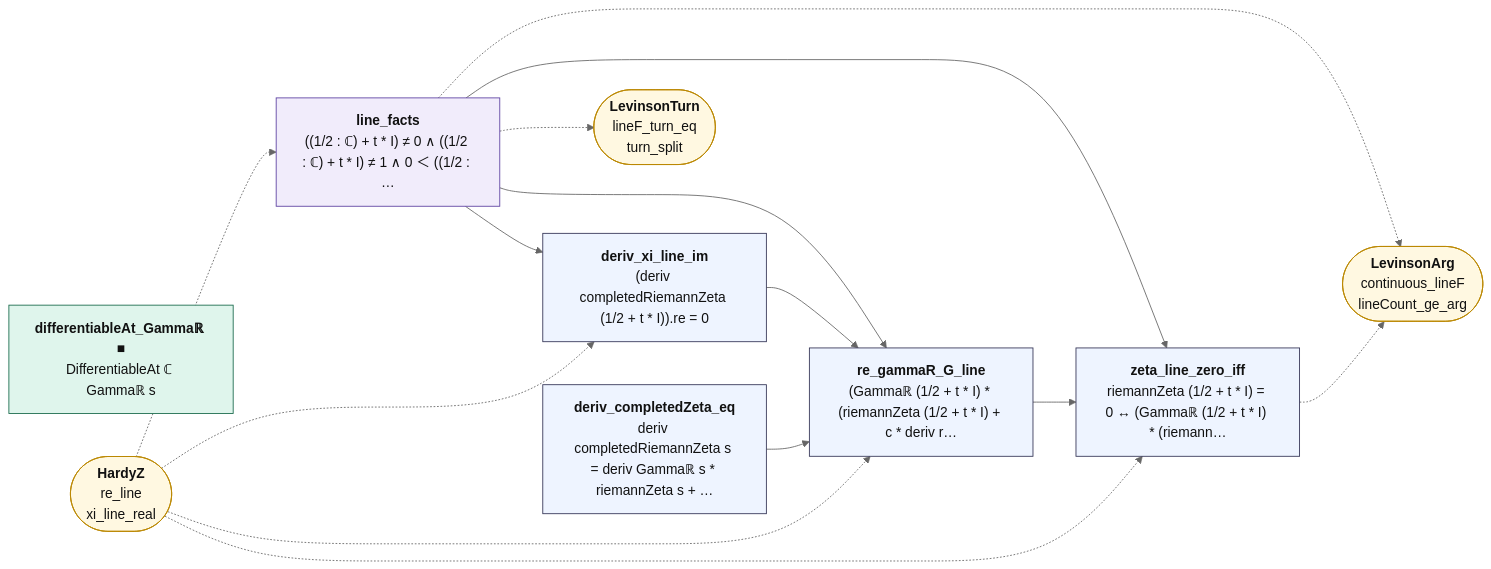
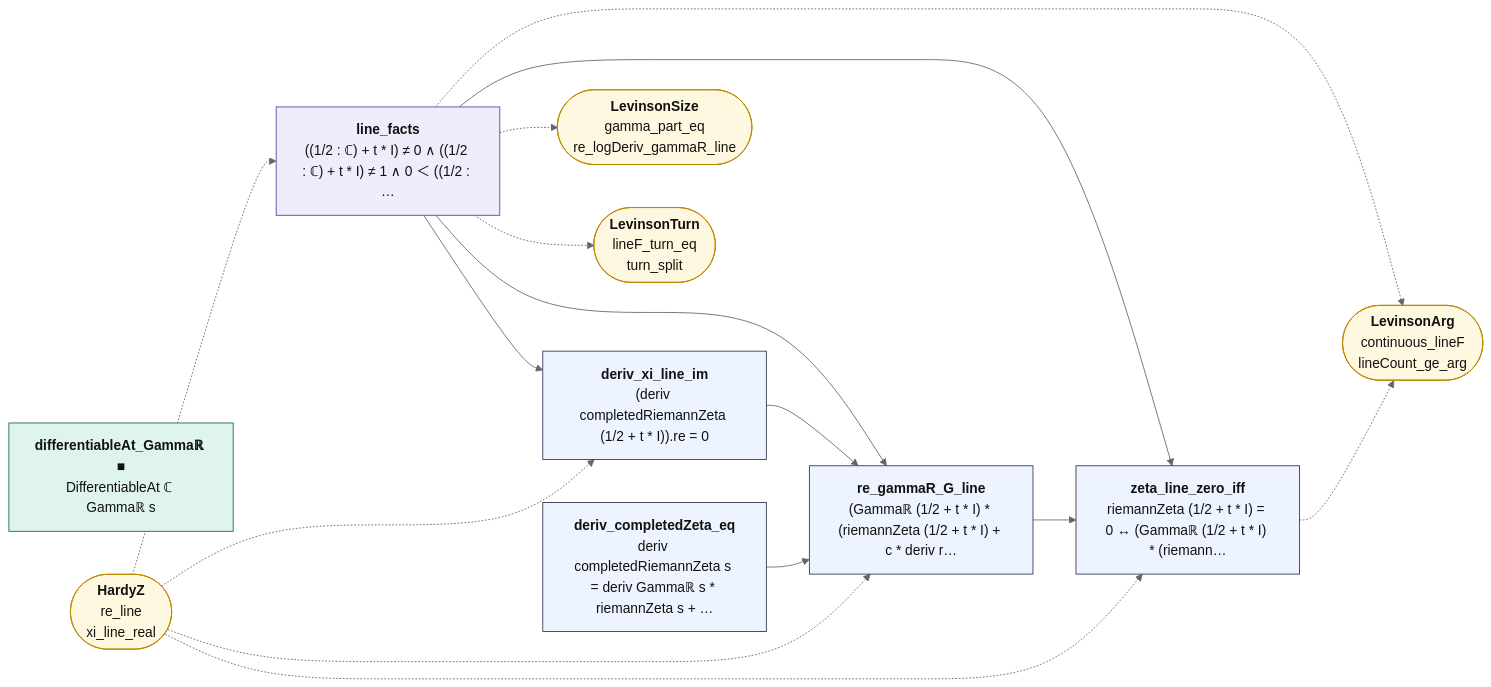
The diagram in map/lean_stage3/LevinsonLine.md (juliansambranojr/Primebeat_081426), drawn with Mermaid (neutral theme) before and after one commit. The commit also changed other lines of this file and 23 other files, not shown here.

````diff
--- a/map/lean_stage3/LevinsonLine.md
+++ b/map/lean_stage3/LevinsonLine.md
@@ -14,33 +14,35 @@
 ```mermaid
 flowchart LR
   n0["<b>line_facts</b><br/>((1/2 : ℂ) + t * I) ≠ 0 ∧ ((1/2 : ℂ) + t * I) ≠ 1 ∧ 0 ＜ ((1/2 : …"]:::shp
   n1["<b>deriv_xi_line_im</b><br/>(deriv completedRiemannZeta (1/2 + t * I)).re = 0"]:::thm
   n2["<b>differentiableAt_Gammaℝ ■</b><br/>DifferentiableAt ℂ Gammaℝ s"]:::cnt
   n3["<b>deriv_completedZeta_eq</b><br/>deriv completedRiemannZeta s = deriv Gammaℝ s * riemannZeta s + …"]:::thm
   n4["<b>re_gammaR_G_line</b><br/>(Gammaℝ (1/2 + t * I) * (riemannZeta (1/2 + t * I) + c * deriv r…"]:::thm
   n5["<b>zeta_line_zero_iff</b><br/>riemannZeta (1/2 + t * I) = 0 ↔ (Gammaℝ (1/2 + t * I) * (riemann…"]:::thm
   x0(["<b>HardyZ</b><br/>re_line<br/>xi_line_real"]):::ext
   x1(["<b>LevinsonArg</b><br/>continuous_lineF<br/>lineCount_ge_arg"]):::ext
-  x2(["<b>LevinsonTurn</b><br/>lineF_turn_eq<br/>turn_split"]):::ext
+  x2(["<b>LevinsonSize</b><br/>gamma_part_eq<br/>re_logDeriv_gammaR_line"]):::ext
+  x3(["<b>LevinsonTurn</b><br/>lineF_turn_eq<br/>turn_split"]):::ext
   n0 --> n1
   n0 --> n4
   n0 --> n5
   n1 --> n4
   n3 --> n4
   n4 --> n5
   n0 -.-> x1
   n0 -.-> x2
+  n0 -.-> x3
   n5 -.-> x1
   x0 -.-> n0
   x0 -.-> n1
   x0 -.-> n4
   x0 -.-> n5
   classDef cnt fill:#dff5ec,stroke:#17694a,color:#111
   classDef shp fill:#f1ecfb,stroke:#5b3fa0,color:#111
   classDef rh fill:#ffe5e5,stroke:#c22,color:#111,stroke-width:2px
   classDef thm fill:#eef4ff,stroke:#335,color:#111
   classDef end_ fill:#e7f7e7,stroke:#2a7,color:#111,stroke-width:2px
   classDef lone fill:#fff,stroke:#999,color:#111,stroke-dasharray:4 3
   classDef bad fill:#ffe5e5,stroke:#c22,color:#111,stroke-width:2px
   classDef ext fill:#fff8e1,stroke:#b80,color:#111
 ```
````
